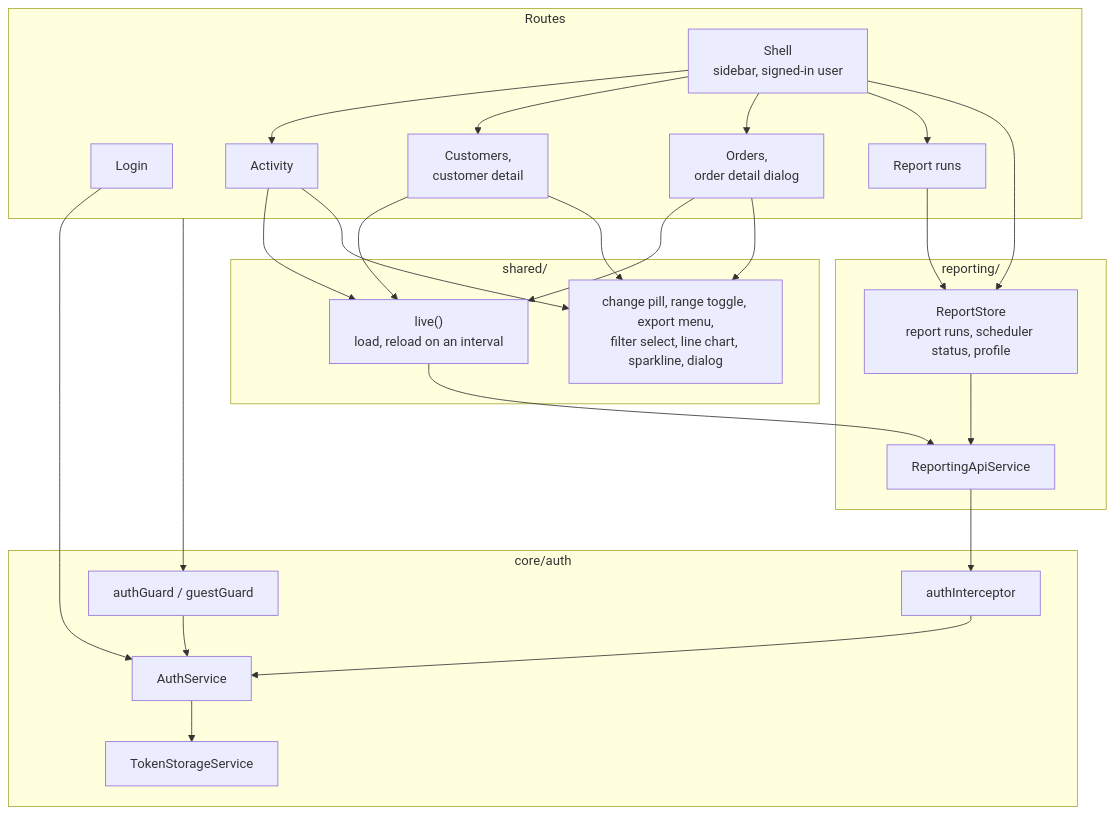
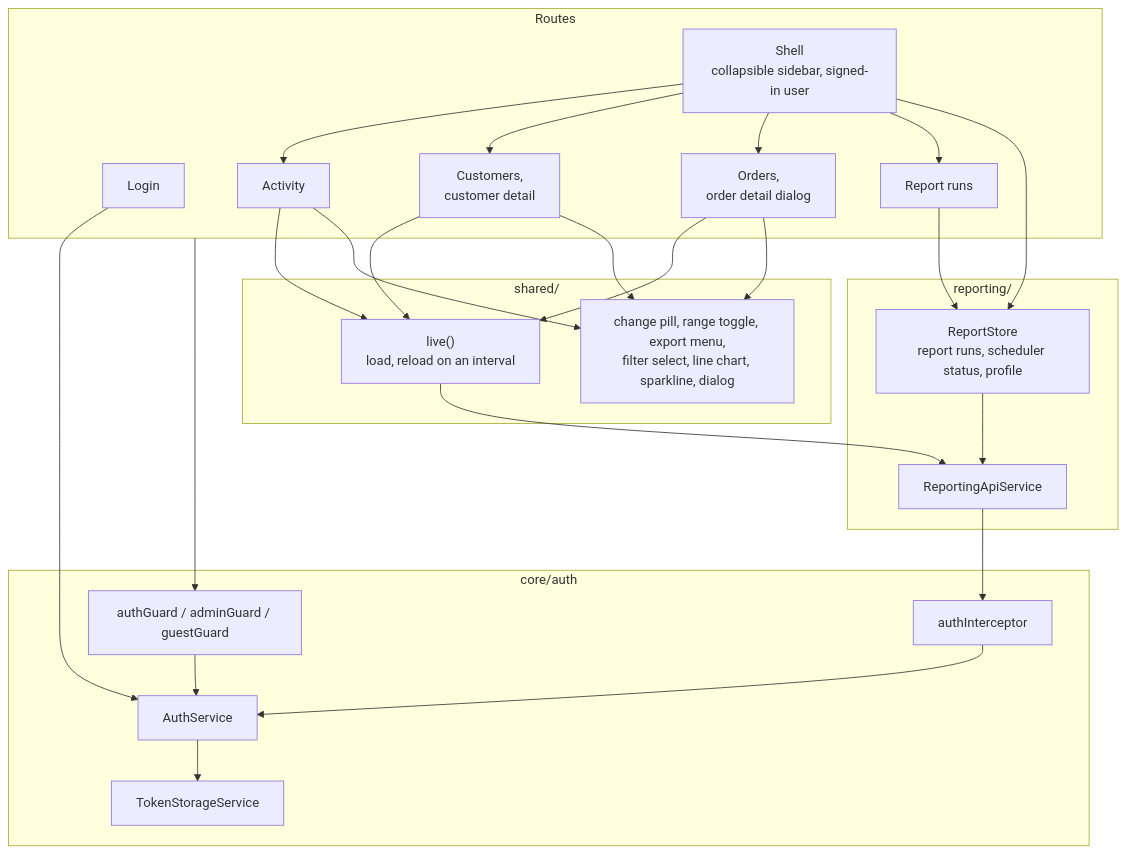
Before and after one commit to seankcheema/trading-season: the second of 3 diagrams in apps/reporting-ui/README.md, drawn with Mermaid. The commit also changed other lines of this file and 51 other files, not shown here.

````diff
--- a/apps/reporting-ui/README.md
+++ b/apps/reporting-ui/README.md
@@ -49,46 +51,46 @@
 ```mermaid
 flowchart TB
     subgraph Routes
         Login
-        Shell["Shell<br/>sidebar, signed-in user"]
+        Shell["Shell<br/>collapsible sidebar, signed-in user"]
         Activity
         Customers["Customers,<br/>customer detail"]
         Orders["Orders,<br/>order detail dialog"]
         Runs["Report runs"]
     end
     subgraph Shared["shared/"]
         Kit["change pill, range toggle, export menu,<br/>filter select, line chart, sparkline, dialog"]
         Live["live()<br/>load, reload on an interval"]
     end
     subgraph Core["core/auth"]
-        Guard["authGuard / guestGuard"]
+        Guard["authGuard / adminGuard / guestGuard"]
         Interceptor["authInterceptor"]
         AuthSvc["AuthService"]
         Storage["TokenStorageService"]
     end
     subgraph Reporting["reporting/"]
         Store["ReportStore<br/>report runs, scheduler status, profile"]
         Api["ReportingApiService"]
     end
 
     Login --> AuthSvc
     Shell --> Activity
     Shell --> Customers
     Shell --> Orders
     Shell --> Runs
     Shell --> Store
     Activity --> Live
     Customers --> Live
     Orders --> Live
     Activity --> Kit
     Customers --> Kit
     Orders --> Kit
     Runs --> Store
     Live --> Api
     Store --> Api
     Api --> Interceptor
     Interceptor --> AuthSvc
     AuthSvc --> Storage
     Routes --> Guard
     Guard --> AuthSvc
 ```
````
